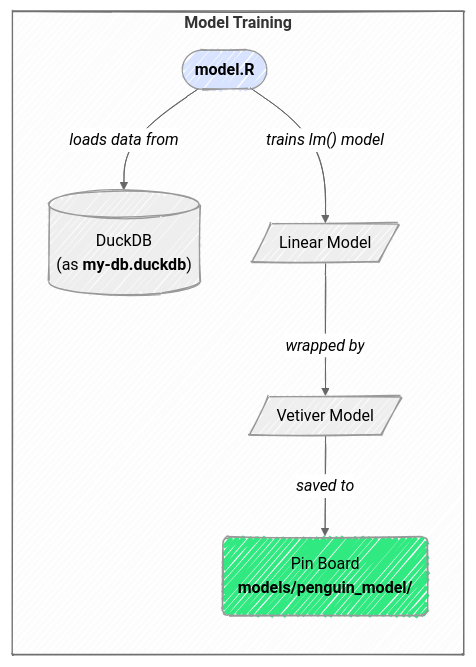
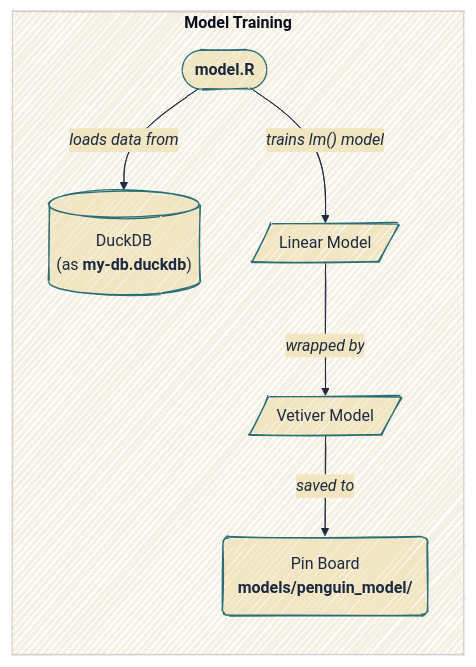
The second of 7 diagrams in plumber.qmd (mjfrigaard/do4ds-labs), drawn with Mermaid before and after one commit. The commit also changed other lines of this file and 88 other files, not shown here.

````diff
--- a/plumber.qmd
+++ b/plumber.qmd
@@ -183,21 +183,19 @@
 ```{mermaid}
 %%| fig-width: 7.0
 %%| fig-align: center
-%%{init: {'theme': 'neutral', 'look': 'handDrawn', 'themeVariables': { 'fontFamily': 'monospace'}}}%%
+%%{init: {'theme': 'base', 'look': 'handDrawn', 'themeVariables': { 'fontFamily': 'monospace', 'primaryColor': '#F2E6C2', 'primaryBorderColor': '#2A6F77', 'primaryTextColor': '#1B2A41', 'secondaryColor': '#d4e7e4', 'tertiaryColor': '#f5f0e4', 'lineColor': '#1B2A41', 'edgeLabelBackground': '#F2E6C2'}}}%%
 
 graph LR
     subgraph Training["<strong>Model Training</strong>"]
 		ModelR(["<strong>model.R</strong>"])
         DuckDB[("DuckDB <br> (as <strong>my-db.duckdb</strong>)")]
         PinBoard("Pin Board<br/><strong>models/penguin_model/</strong>")
         
         ModelR -->|"<em>loads data from</em>"| DuckDB
         ModelR -->|"<em>trains lm() model</em>"| LM[/"Linear Model"/]
         LM -->|"<em>wrapped by</em>"| Vetiver[/"Vetiver Model"/]
         Vetiver -->|"<em>saved to</em>"| PinBoard
     end
     
-  style ModelR fill:#d8e4ff
-  style PinBoard fill:#31e981
   
 ```
````
